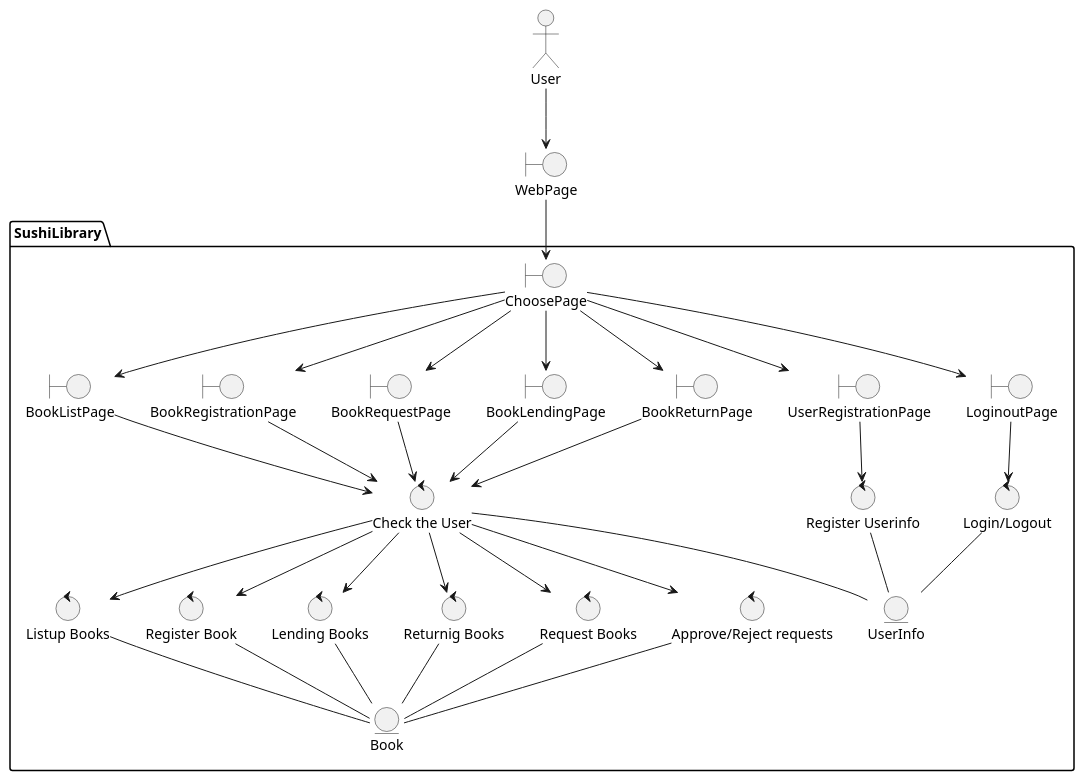
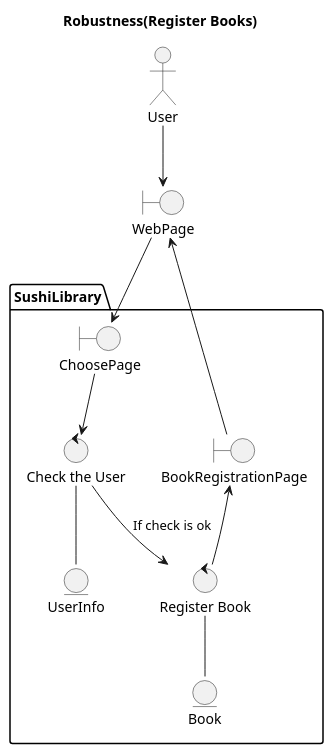
Before and after one commit to naist-sushi/sushi-library: the second of 2 diagrams in docs/design/robustness.pu, drawn with PlantUML. The commit also changed other lines of this file, not shown here.

Commit message:
Update robustness diagram

```diff
--- a/docs/design/robustness.pu
+++ b/docs/design/robustness.pu
@@ -1,67 +32,29 @@
 @startuml
-
+title Robustness(Register Books)
 actor User
 boundary WebPage
 
 package SushiLibrary{
     boundary ChoosePage
-    boundary BookListPage
+    
     boundary BookRegistrationPage
-    boundary BookRequestPage
-    boundary BookLendingPage
-    boundary BookReturnPage
-    boundary UserRegistrationPage
-    boundary LoginoutPage
 
-    control "Listup Books" as ListB
     control "Register Book" as RegB
-    control "Lending Books" as LendB
-    control "Returnig Books" as RetB
-    control "Request Books" as ReqB 
-    control "Approve/Reject requests" as AprvRejReq
-    control "Register Userinfo" as RegUser
-    control "Login/Logout" as Loginout
     control "Check the User" as CheckUser
 
     entity Book
     entity UserInfo
 
 }
 
 User --> WebPage
 WebPage --> ChoosePage
+WebPage <-- BookRegistrationPage
 
-ChoosePage --> BookListPage
-ChoosePage --> BookRegistrationPage
-ChoosePage --> BookRequestPage
-ChoosePage --> BookLendingPage
-ChoosePage --> BookReturnPage
-ChoosePage --> UserRegistrationPage
-ChoosePage --> LoginoutPage
-
-BookListPage --> CheckUser
-BookRegistrationPage --> CheckUser
-BookLendingPage --> CheckUser
-BookReturnPage --> CheckUser
-BookRequestPage --> CheckUser
-UserRegistrationPage --> RegUser
-LoginoutPage --> Loginout
-
-CheckUser --> ListB
-CheckUser --> RegB
-CheckUser --> LendB
-CheckUser --> RetB
-CheckUser --> ReqB
-CheckUser --> AprvRejReq
-
-ListB -- Book
+ChoosePage --> CheckUser
+CheckUser -- UserInfo
+CheckUser --> RegB : If check is ok
 RegB -- Book
-LendB -- Book
-RetB -- Book
-ReqB -- Book
-AprvRejReq -- Book
-RegUser -- UserInfo
-Loginout -- UserInfo
-CheckUser -- UserInfo
+RegB -up-> BookRegistrationPage
 
 @enduml
```
